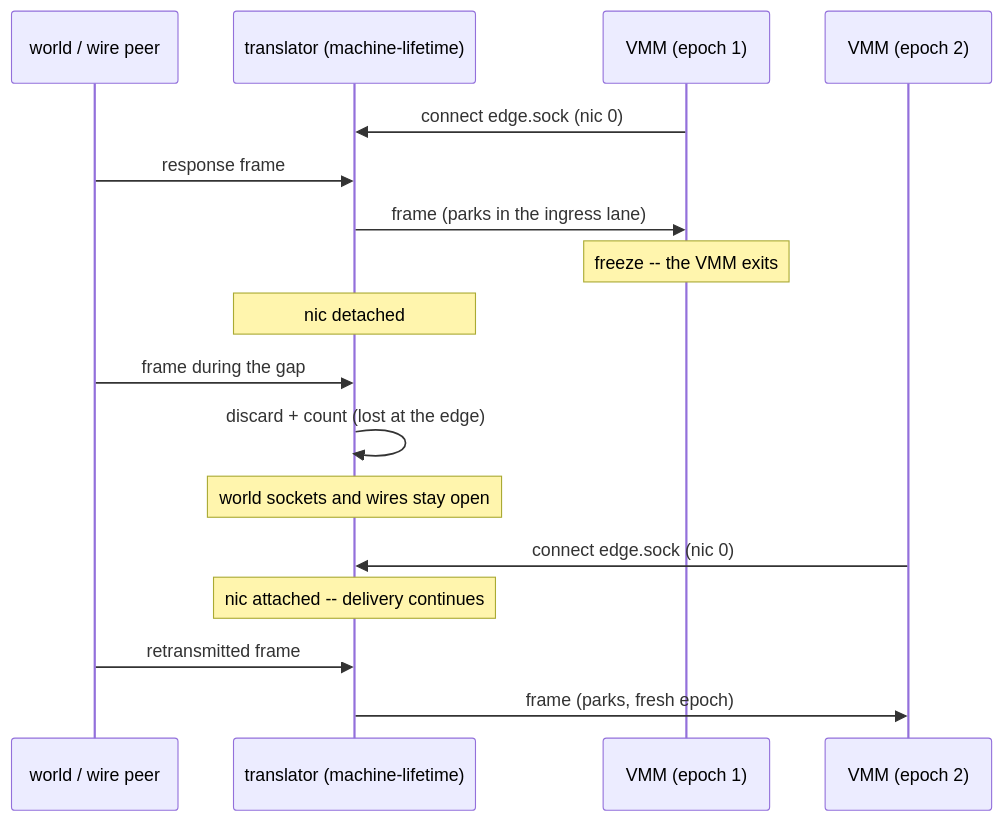
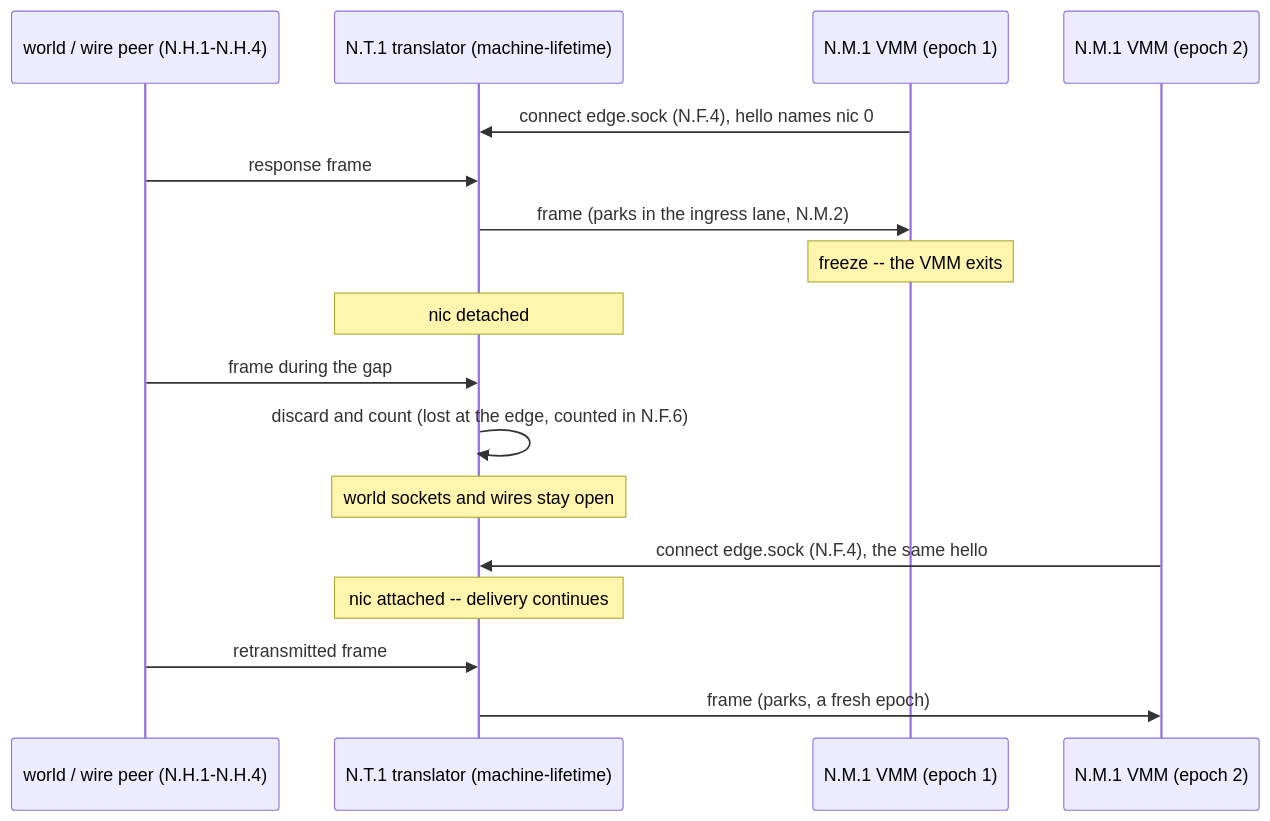
Before and after one commit to omne-earth/cella: the fifth of 5 diagrams in docs/ROOTLESS-NETWORK.md, drawn with Mermaid. The commit also changed other lines of this file and 19 other files, not shown here.

````diff
--- a/docs/ROOTLESS-NETWORK.md
+++ b/docs/ROOTLESS-NETWORK.md
@@ -246,19 +313,19 @@
 ```mermaid
 sequenceDiagram
-    participant W as world / wire peer
-    participant T as translator (machine-lifetime)
-    participant V1 as VMM (epoch 1)
-    participant V2 as VMM (epoch 2)
-    V1->>T: connect edge.sock (nic 0)
+    participant W as world / wire peer (N.H.1-N.H.4)
+    participant T as N.T.1 translator (machine-lifetime)
+    participant V1 as N.M.1 VMM (epoch 1)
+    participant V2 as N.M.1 VMM (epoch 2)
+    V1->>T: connect edge.sock (N.F.4), hello names nic 0
     W->>T: response frame
-    T->>V1: frame (parks in the ingress lane)
+    T->>V1: frame (parks in the ingress lane, N.M.2)
     Note over V1: freeze -- the VMM exits
     Note over T: nic detached
     W->>T: frame during the gap
-    T->>T: discard + count (lost at the edge)
+    T->>T: discard and count (lost at the edge, counted in N.F.6)
     Note over T: world sockets and wires stay open
-    V2->>T: connect edge.sock (nic 0)
+    V2->>T: connect edge.sock (N.F.4), the same hello
     Note over T: nic attached -- delivery continues
     W->>T: retransmitted frame
-    T->>V2: frame (parks, fresh epoch)
+    T->>V2: frame (parks, a fresh epoch)
 ```
````
